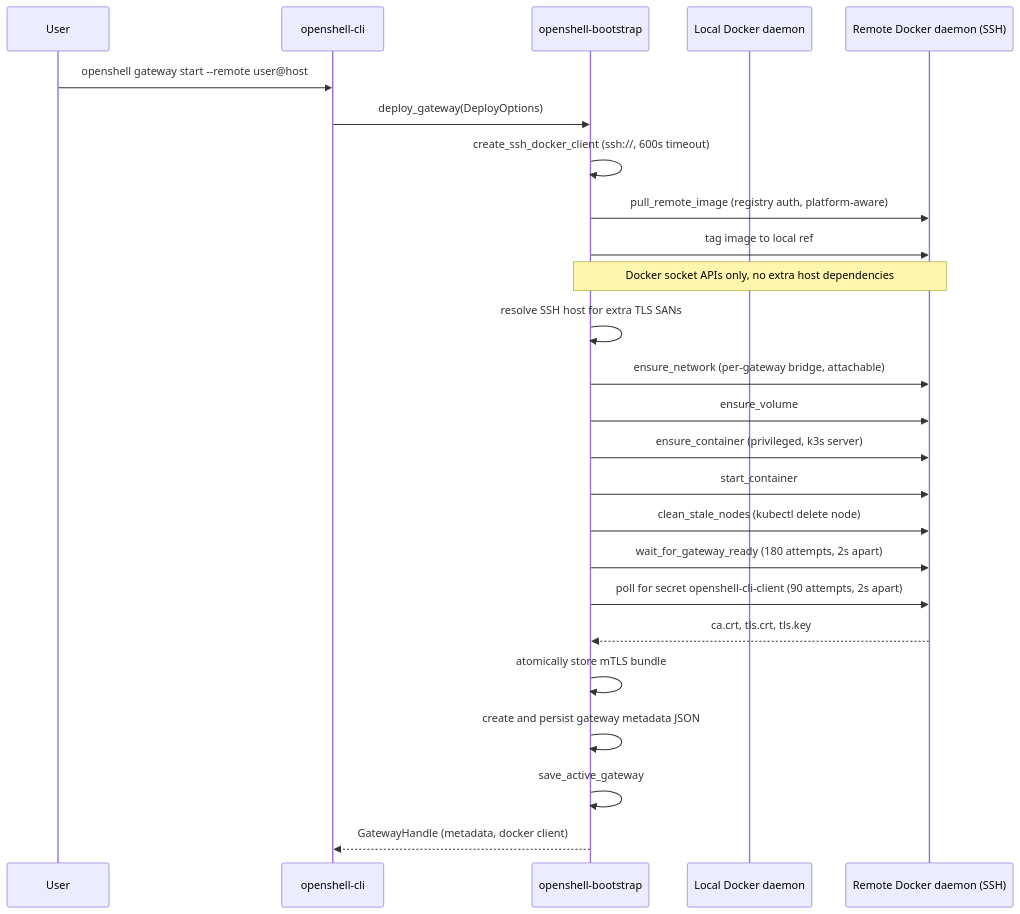
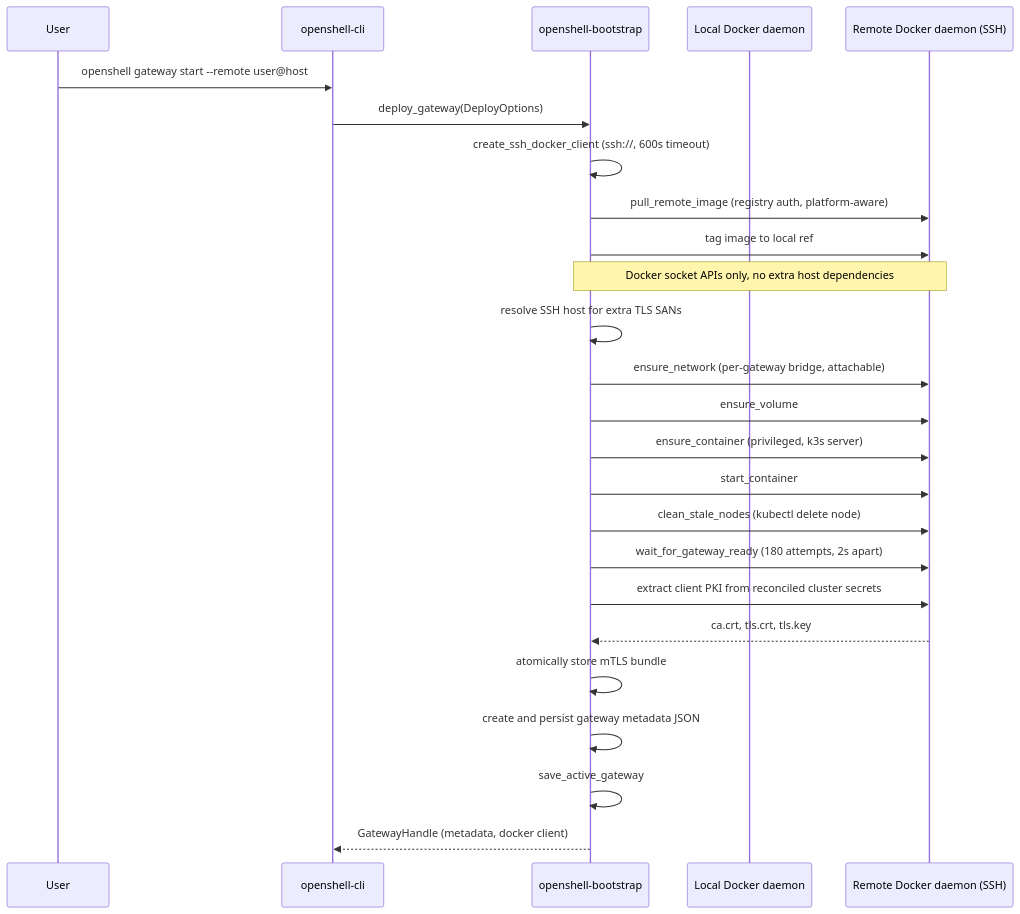
The first of 3 diagrams in architecture/gateway-single-node.md (linuxdevel/OpenShell), drawn with Mermaid before and after one commit. The commit also changed other lines of this file and 2 other files, not shown here.

````diff
--- a/architecture/gateway-single-node.md
+++ b/architecture/gateway-single-node.md
@@ -81,31 +81,31 @@
 ```mermaid
 sequenceDiagram
   participant U as User
   participant C as openshell-cli
   participant B as openshell-bootstrap
   participant L as Local Docker daemon
   participant R as Remote Docker daemon (SSH)
 
   U->>C: openshell gateway start --remote user@host
   C->>B: deploy_gateway(DeployOptions)
 
   B->>B: create_ssh_docker_client (ssh://, 600s timeout)
   B->>R: pull_remote_image (registry auth, platform-aware)
   B->>R: tag image to local ref
 
   Note over B,R: Docker socket APIs only, no extra host dependencies
 
   B->>B: resolve SSH host for extra TLS SANs
   B->>R: ensure_network (per-gateway bridge, attachable)
   B->>R: ensure_volume
   B->>R: ensure_container (privileged, k3s server)
   B->>R: start_container
   B->>R: clean_stale_nodes (kubectl delete node)
   B->>R: wait_for_gateway_ready (180 attempts, 2s apart)
-  B->>R: poll for secret openshell-cli-client (90 attempts, 2s apart)
+  B->>R: extract client PKI from reconciled cluster secrets
   R-->>B: ca.crt, tls.crt, tls.key
   B->>B: atomically store mTLS bundle
   B->>B: create and persist gateway metadata JSON
   B->>B: save_active_gateway
   B-->>C: GatewayHandle (metadata, docker client)
 ```
````
